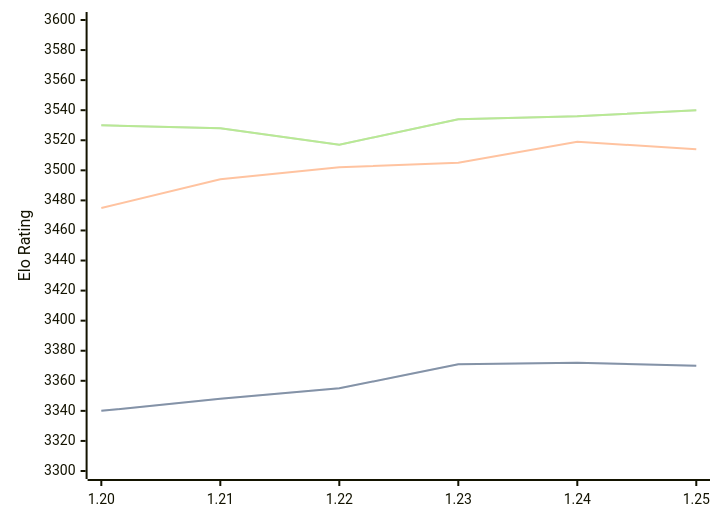
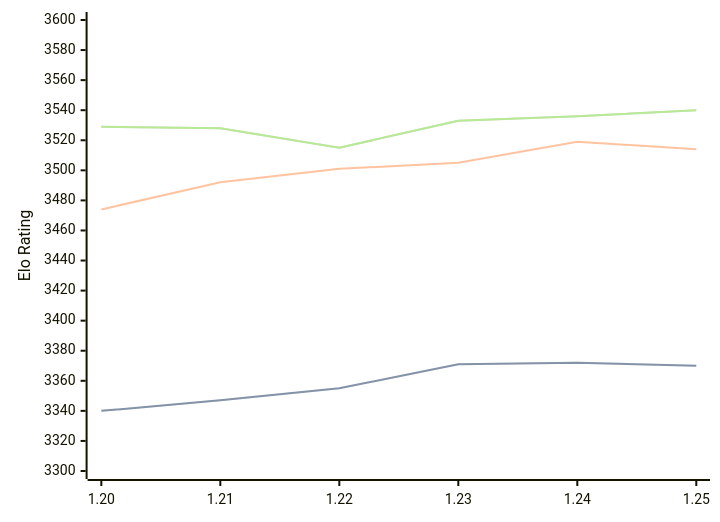
The third of 3 diagrams in engines/Caissa.md (computer-chess-index/cci), drawn with Mermaid before and after one commit. The commit also changed other lines of this file, not shown here.

Commit message:
Update CCI Ratings (ELO VLTC) - 2026-06-19

````diff
--- a/engines/Caissa.md
+++ b/engines/Caissa.md
@@ -98,11 +98,11 @@
 ```mermaid
 %%{init: {"theme":"base","themeVariables":{"seriesColors:['#a3a3a3','#222221','#faa371']}}}%%
 xychart-beta
   x-axis ["1.20", "1.21", "1.22", "1.23", "1.24", "1.25"]
   y-axis "Elo Rating" 3300 --> 3600
-  line "STC (8.0+0.08s)" [3340, 3348, 3355, 3371, 3372, 3370]
-  line "STC (8.0+0.08s)" [3340, 3348, 3355, 3371, 3372, 3370]
-  line "LTC (60.0+0.60s)" [3475, 3494, 3502, 3505, 3519, 3514]
-  line "VLTC (2m24s+1.12s)" [3530, 3528, 3517, 3534, 3536, 3540]
-  line "VLTC (2m24s+1.12s)" [3530, 3528, 3517, 3534, 3536, 3540]
+  line "STC (8.0+0.08s)" [3340, 3347, 3355, 3371, 3372, 3370]
+  line "STC (8.0+0.08s)" [3340, 3347, 3355, 3371, 3372, 3370]
+  line "LTC (60.0+0.60s)" [3474, 3492, 3501, 3505, 3519, 3514]
+  line "VLTC (2m24s+1.12s)" [3529, 3528, 3515, 3533, 3536, 3540]
+  line "VLTC (2m24s+1.12s)" [3529, 3528, 3515, 3533, 3536, 3540]
 ```
````
